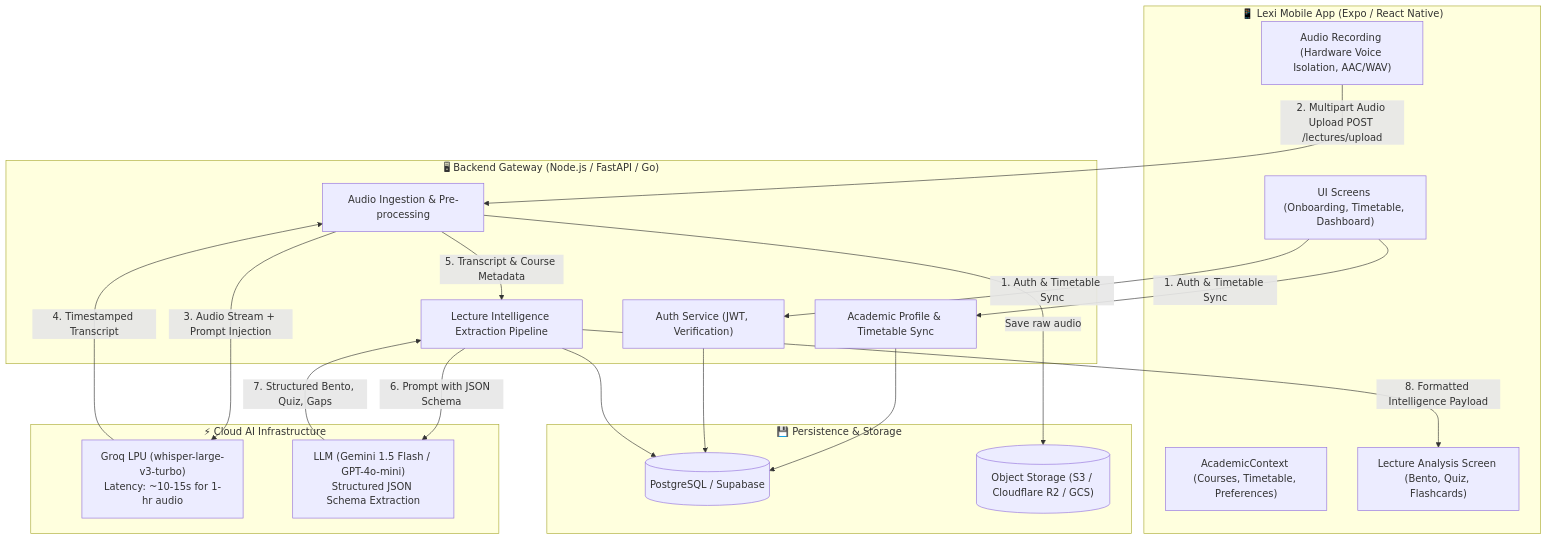
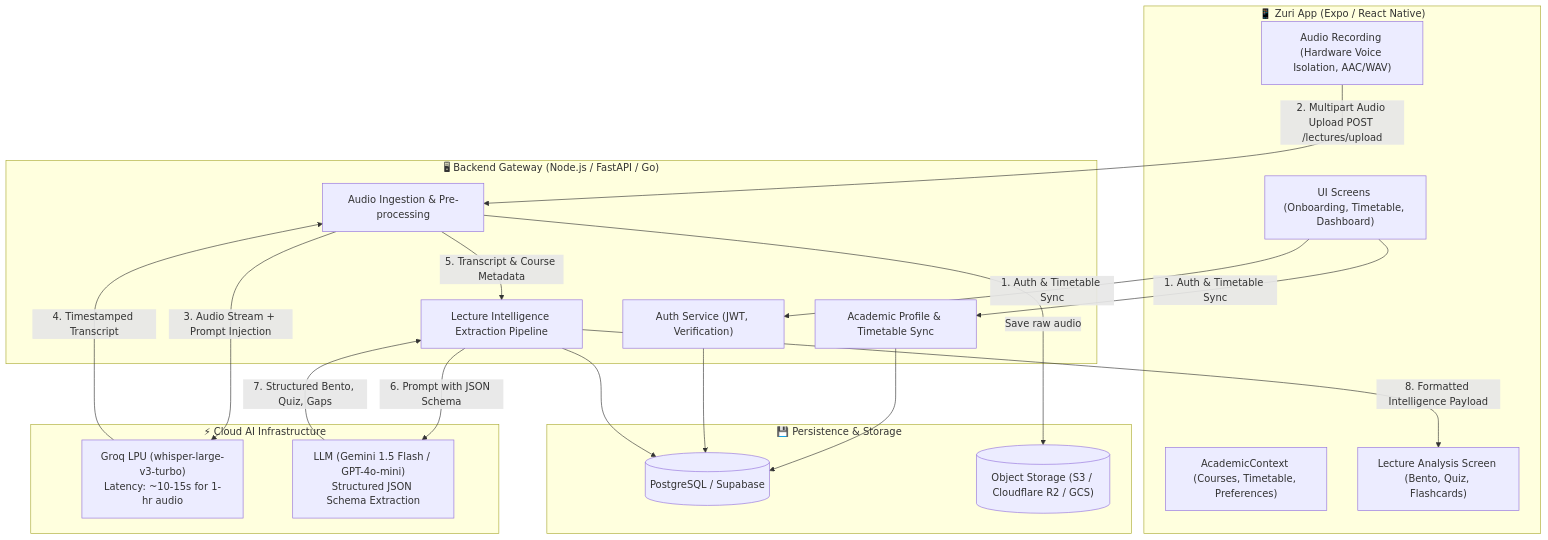
Before and after one commit to oladraxler01/Zuri_mobile: the diagram in README.md, drawn with Mermaid. The commit also changed other lines of this file and 22 other files, not shown here.

First line of the commit message:
Rename the app to Zuri

````diff
--- a/README.md
+++ b/README.md
@@ -34,43 +34,43 @@
 ```mermaid
 flowchart TD
-    subgraph MobileClient ["📱 Lexi Mobile App (Expo / React Native)"]
+    subgraph MobileClient ["📱 Zuri App (Expo / React Native)"]
         UI["UI Screens (Onboarding, Timetable, Dashboard)"]
         AudioRec["Audio Recording (Hardware Voice Isolation, AAC/WAV)"]
         State["AcademicContext (Courses, Timetable, Preferences)"]
         PostView["Lecture Analysis Screen (Bento, Quiz, Flashcards)"]
     end
 
     subgraph BackendAPI ["🖥 Backend Gateway (Node.js / FastAPI / Go)"]
         AuthSvc["Auth Service (JWT, Verification)"]
         StudentSvc["Academic Profile & Timetable Sync"]
         AudioSvc["Audio Ingestion & Pre-processing"]
         LLMSvc["Lecture Intelligence Extraction Pipeline"]
     end
 
     subgraph ExternalAI ["⚡ Cloud AI Infrastructure"]
         GroqWhisper["Groq LPU (whisper-large-v3-turbo)\nLatency: ~10-15s for 1-hr audio"]
         LLMEngine["LLM (Gemini 1.5 Flash / GPT-4o-mini)\nStructured JSON Schema Extraction"]
     end
 
     subgraph Storage ["💾 Persistence & Storage"]
         DB[("PostgreSQL / Supabase")]
         S3Storage[("Object Storage (S3 / Cloudflare R2 / GCS)")]
     end
 
     %% Flow connections
     UI -->|1. Auth & Timetable Sync| AuthSvc & StudentSvc
     StudentSvc --> DB
     AuthSvc --> DB
 
     AudioRec -->|2. Multipart Audio Upload POST /lectures/upload| AudioSvc
     AudioSvc -->|Save raw audio| S3Storage
     AudioSvc -->|3. Audio Stream + Prompt Injection| GroqWhisper
     GroqWhisper -->|4. Timestamped Transcript| AudioSvc
 
     AudioSvc -->|5. Transcript & Course Metadata| LLMSvc
     LLMSvc -->|6. Prompt with JSON Schema| LLMEngine
     LLMEngine -->|7. Structured Bento, Quiz, Gaps| LLMSvc
     LLMSvc --> DB
 
     LLMSvc -->|8. Formatted Intelligence Payload| PostView
 ```
````
